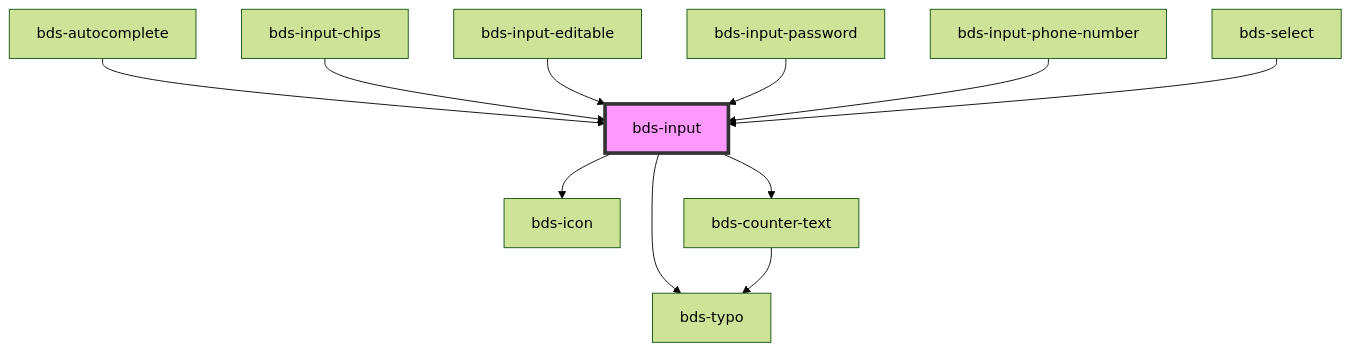
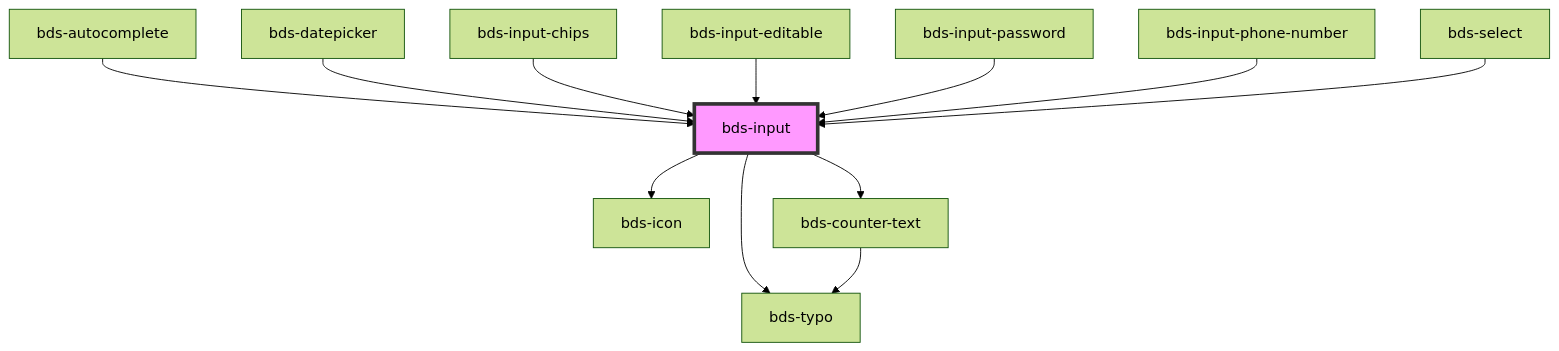
One commit to takenet/blip-ds changed the diagram in src/components/input/readme.md. Above: the diagram before and after it, drawn with Mermaid (forest theme). The commit also changed other lines of this file and 13 other files, not shown here.

````diff
--- a/src/components/input/readme.md
+++ b/src/components/input/readme.md
@@ -137,14 +138,15 @@
 ```mermaid
 graph TD;
   bds-input --> bds-icon
   bds-input --> bds-typo
   bds-input --> bds-counter-text
   bds-counter-text --> bds-typo
   bds-autocomplete --> bds-input
+  bds-datepicker --> bds-input
   bds-input-chips --> bds-input
   bds-input-editable --> bds-input
   bds-input-password --> bds-input
   bds-input-phone-number --> bds-input
   bds-select --> bds-input
   style bds-input fill:#f9f,stroke:#333,stroke-width:4px
 ```
````
